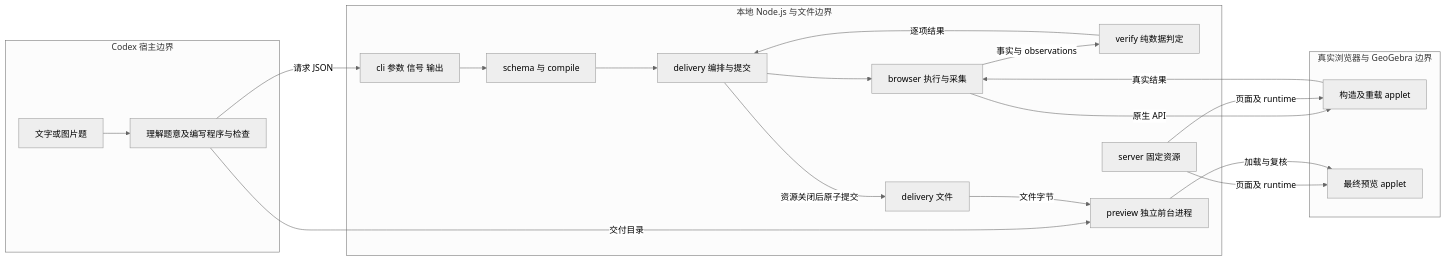
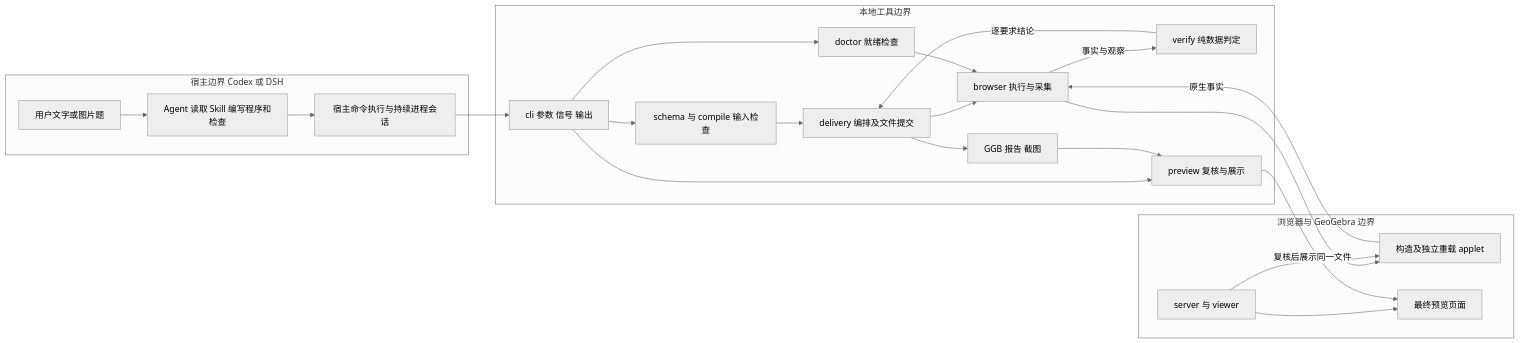
One commit to Jack7510/ggb-plugins changed the first of 3 diagrams in docs/ggb-plugins-design.md. Above: the diagram before and after it, drawn with Mermaid (neutral theme). The commit also changed other lines of this file and 6 other files, not shown here.

````diff
--- a/docs/ggb-plugins-design.md
+++ b/docs/ggb-plugins-design.md
@@ -84,33 +46,27 @@
 ```mermaid
 flowchart LR
-  subgraph Host[Codex 宿主边界]
-    U[文字或图片题] --> C[理解题意及编写程序与检查]
+  subgraph Host[宿主边界 Codex 或 DSH]
+    U[用户文字或图片题] --> A[Agent 读取 Skill 编写程序和检查]
+    A --> T[宿主命令执行与持续进程会话]
   end
-  subgraph Local[本地 Node.js 与文件边界]
-    CLI[cli 参数 信号 输出]
-    S[schema 与 compile]
-    D[delivery 编排与提交]
-    V[verify 纯数据判定]
-    B[browser 执行与采集]
-    H[server 固定资源]
-    F[delivery 文件]
-    P[preview 独立前台进程]
-    C -->|请求 JSON| CLI
-    CLI --> S --> D
-    D --> B
-    B -->|事实与 observations| V
-    V -->|逐项结果| D
-    D -->|资源关闭后原子提交| F
-    C -->|交付目录| P
-    F -->|文件字节| P
+  subgraph Local[本地工具边界]
+    T --> C[cli 参数 信号 输出]
+    C --> S[schema 与 compile 输入检查]
+    S --> D[delivery 编排及文件提交]
+    D --> B[browser 执行与采集]
+    B -->|事实与观察| V[verify 纯数据判定]
+    V -->|逐要求结论| D
+    C --> Q[doctor 就绪检查]
+    Q --> B
+    D --> F[GGB 报告 截图]
+    C --> P[preview 复核与展示]
+    F --> P
   end
-  subgraph Engine[真实浏览器与 GeoGebra 边界]
-    G[构造及重载 applet]
-    W[最终预览 applet]
-    B -->|原生 API| G
-    G -->|真实结果| B
-    H -->|页面及 runtime| G
-    H -->|页面及 runtime| W
-    P -->|加载与复核| W
+  subgraph Engine[浏览器与 GeoGebra 边界]
+    B --> G[构造及独立重载 applet]
+    G -->|原生事实| B
+    H[server 与 viewer] --> G
+    H --> W[最终预览页面]
+    P -->|复核后展示同一文件| W
   end
 ```
````
